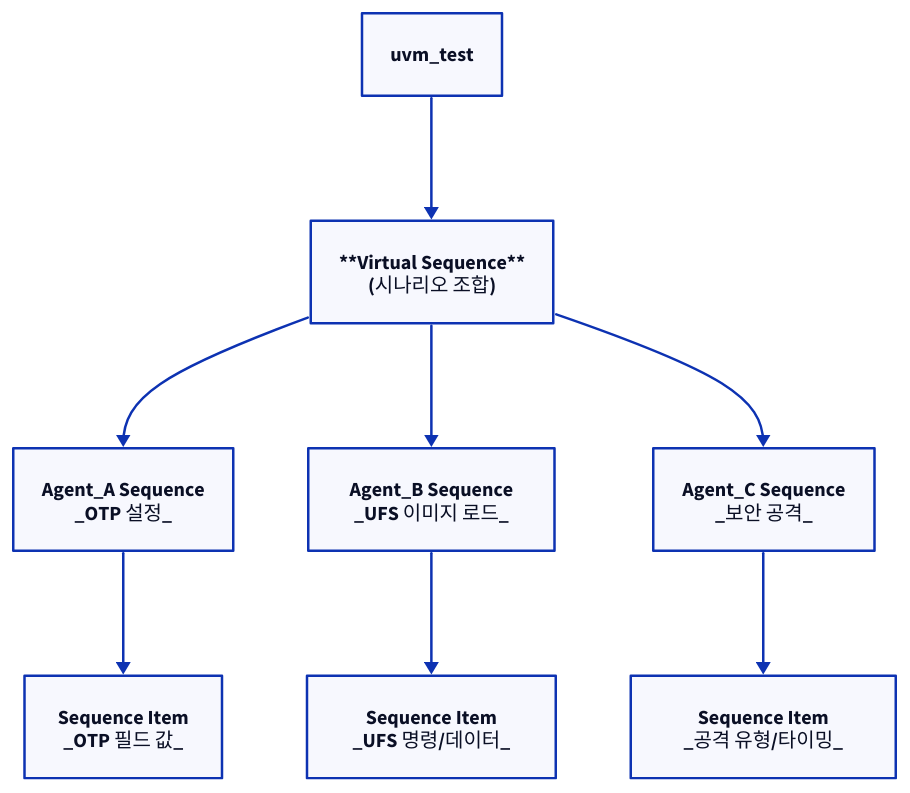
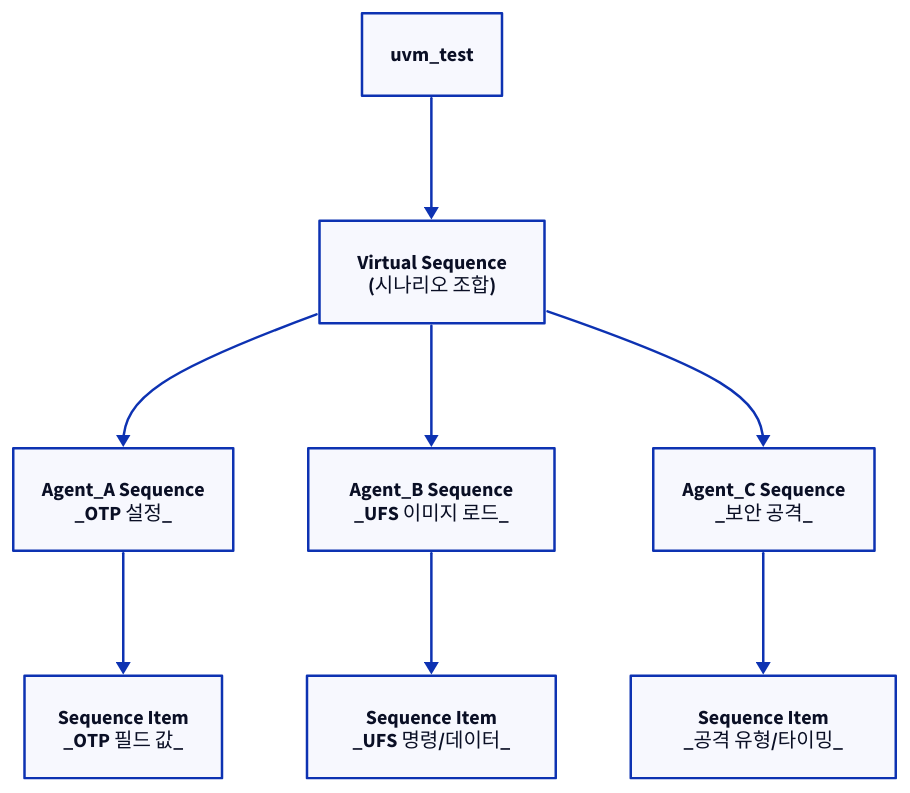
The second of 4 diagrams in starlight_site/src/content/docs/uvm/03_sequence_and_item.md (humbleowl39/DV_SKOOL), drawn with D2 before and after one commit. The commit also changed other lines of this file and 714 other files, not shown here.

First line of the commit message:
fix(site): d2 다이어그램 가독성 결함 6종 일괄 수정

````diff
--- a/starlight_site/src/content/docs/uvm/03_sequence_and_item.md
+++ b/starlight_site/src/content/docs/uvm/03_sequence_and_item.md
@@ -227,19 +227,19 @@
 ```d2
 direction: down
 
 TEST: "uvm_test"
-VSEQ: "**Virtual Sequence**\n(시나리오 조합)"
+VSEQ: "Virtual Sequence\n(시나리오 조합)"
 SA: "Agent_A Sequence\n_OTP 설정_"
 SB: "Agent_B Sequence\n_UFS 이미지 로드_"
 SC: "Agent_C Sequence\n_보안 공격_"
 IA: "Sequence Item\n_OTP 필드 값_"
 IB: "Sequence Item\n_UFS 명령/데이터_"
 IC: "Sequence Item\n_공격 유형/타이밍_"
 TEST -> VSEQ
 VSEQ -> SA
 VSEQ -> SB
 VSEQ -> SC
 SA -> IA
 SB -> IB
 SC -> IC
 ```
````
